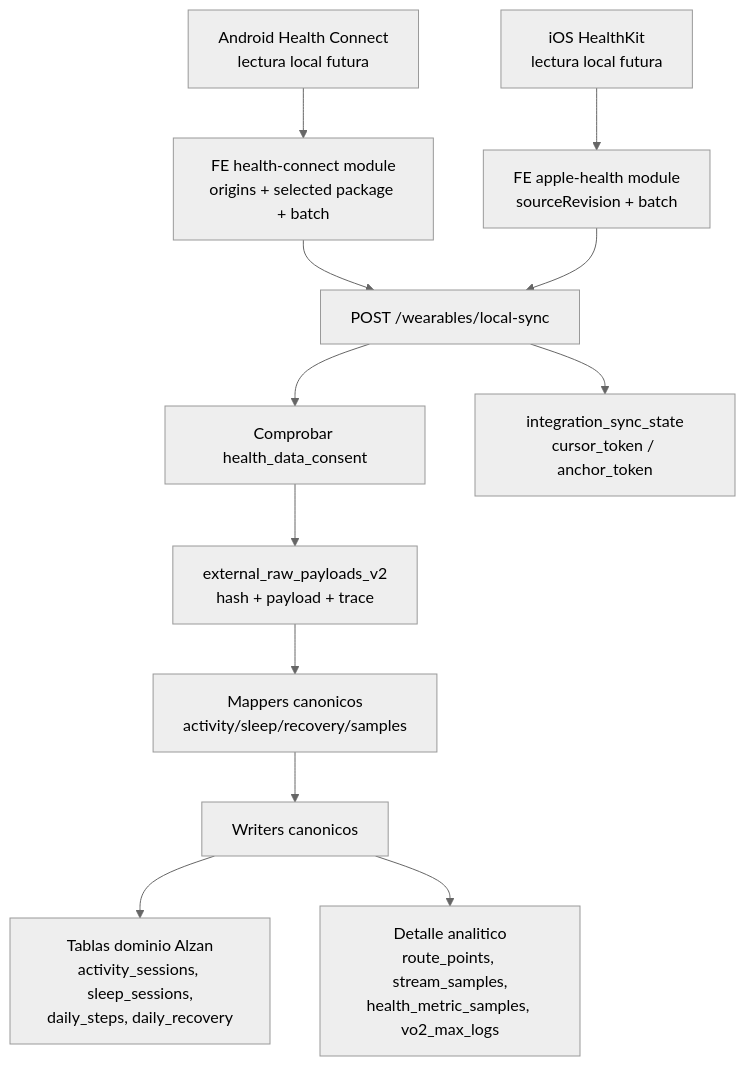
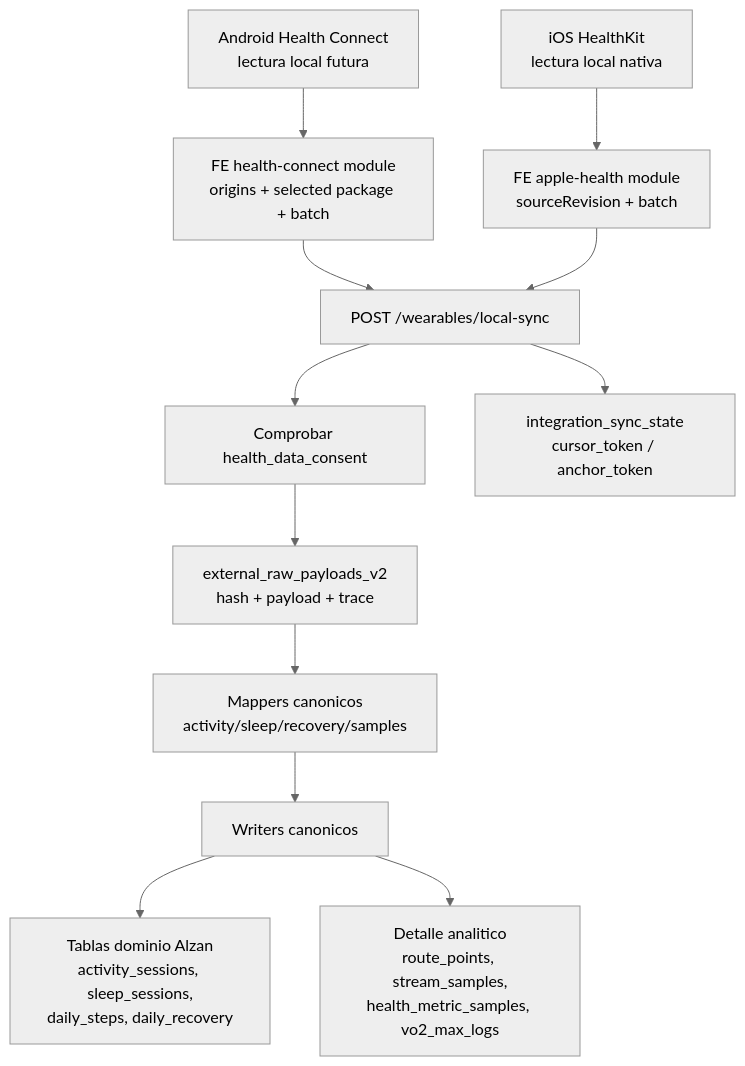
One commit to AlzanHealth/alzan changed the diagram in docs/wearables-implementation-dashboard.md. Above: the diagram before and after it, drawn with Mermaid (neutral theme). The commit also changed other lines of this file and 29 other files, not shown here.

Commit message:
feat(wearables): add local health sync and polar integration

````diff
--- a/docs/wearables-implementation-dashboard.md
+++ b/docs/wearables-implementation-dashboard.md
@@ -38,14 +40,14 @@
 ```mermaid
 flowchart TD
   HC["Android Health Connect\nlectura local futura"] --> FEHC["FE health-connect module\norigins + selected package + batch"]
-  HK["iOS HealthKit\nlectura local futura"] --> FEHK["FE apple-health module\nsourceRevision + batch"]
+  HK["iOS HealthKit\nlectura local nativa"] --> FEHK["FE apple-health module\nsourceRevision + batch"]
   FEHC --> API["POST /wearables/local-sync"]
   FEHK --> API
   API --> CONSENT["Comprobar health_data_consent"]
   CONSENT --> RAW["external_raw_payloads_v2\nhash + payload + trace"]
   RAW --> NORMALIZE["Mappers canonicos\nactivity/sleep/recovery/samples"]
   NORMALIZE --> WRITERS["Writers canonicos"]
   WRITERS --> DOMAIN["Tablas dominio Alzan\nactivity_sessions, sleep_sessions,\ndaily_steps, daily_recovery"]
   WRITERS --> DETAIL["Detalle analitico\nroute_points, stream_samples,\nhealth_metric_samples, vo2_max_logs"]
   API --> SYNC["integration_sync_state\ncursor_token / anchor_token"]
 ```
````
